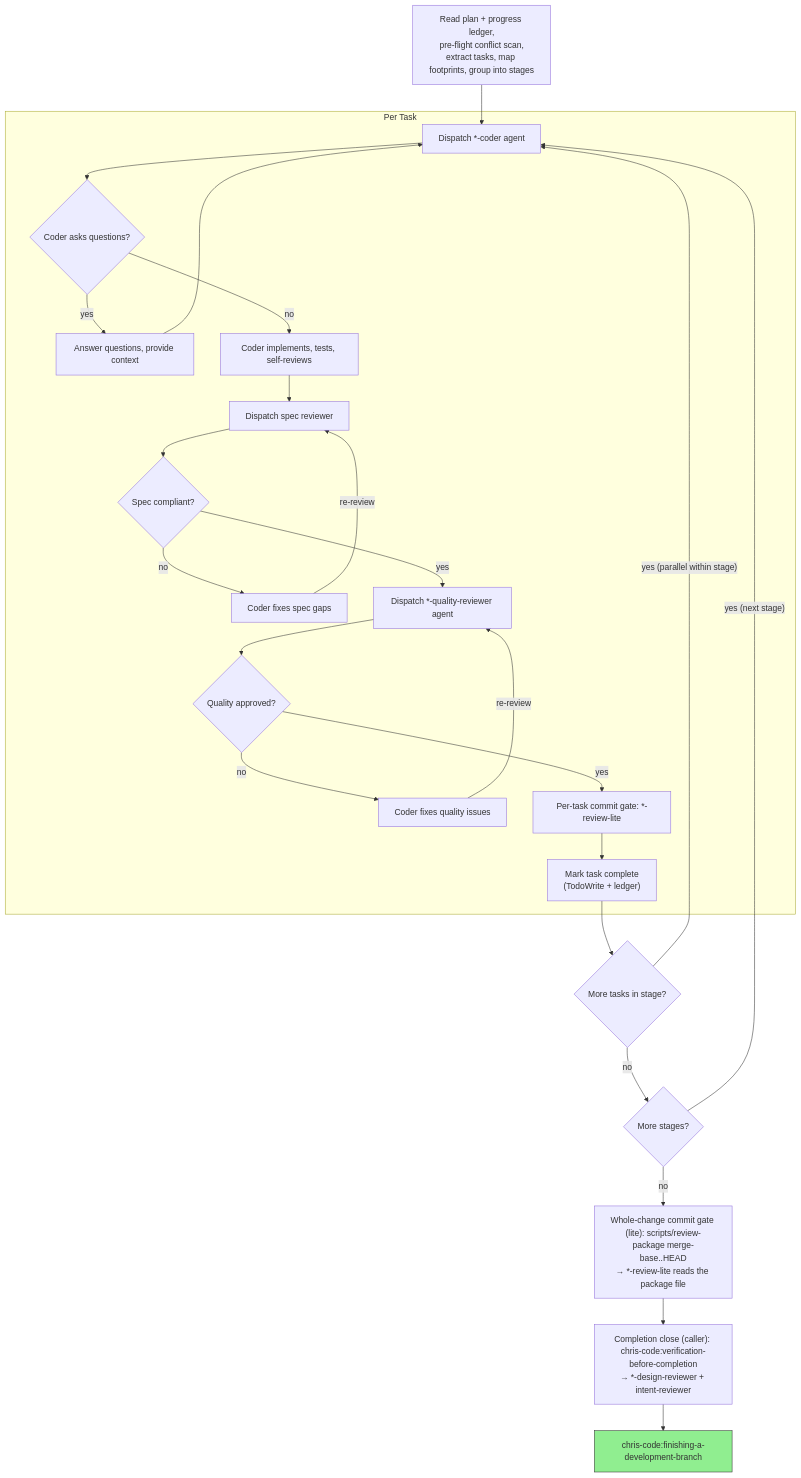
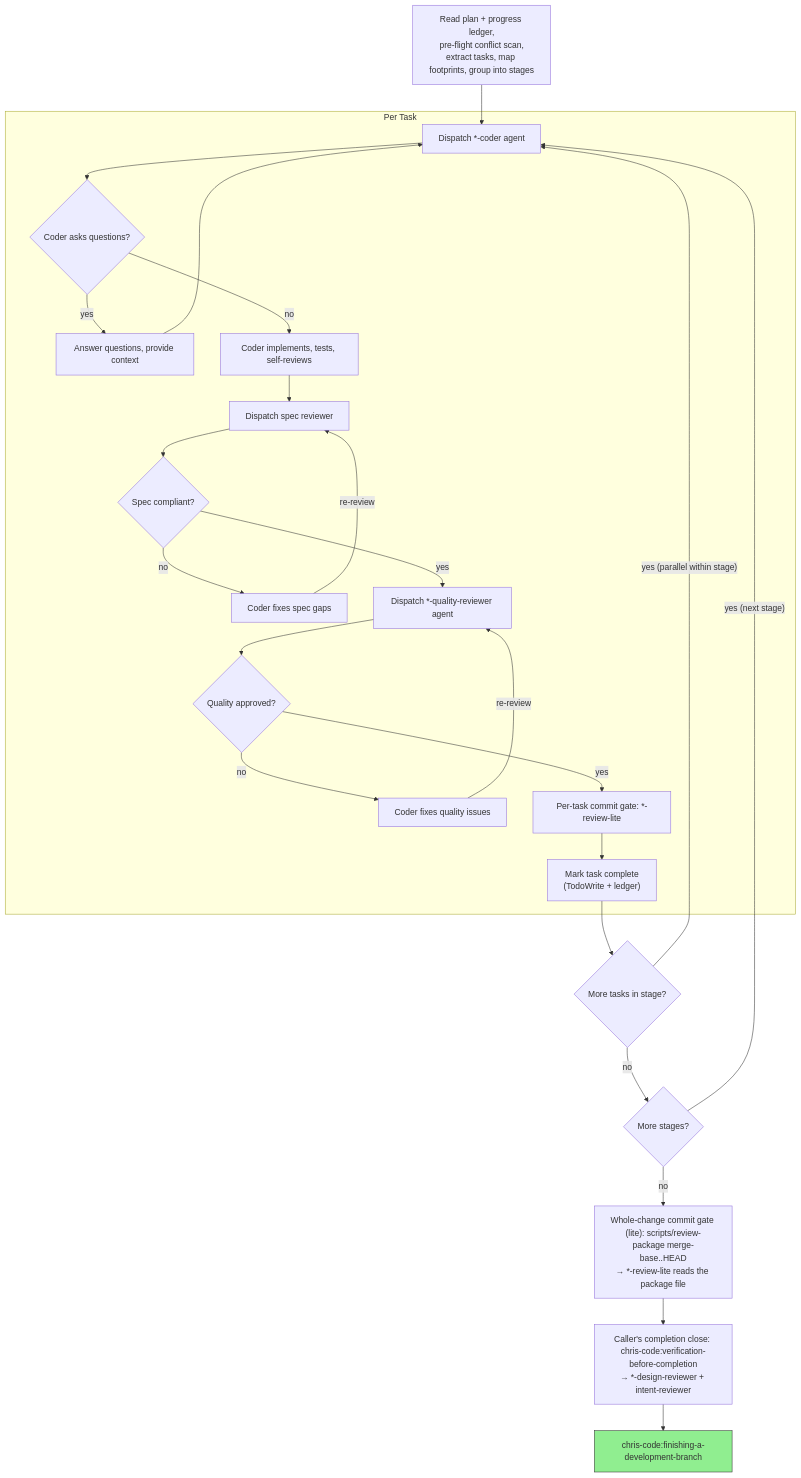
One commit to chris-santiago/claude-plugins changed the diagram in chris-code/skills/subagent-driven-development/SKILL.md. Above: the diagram before and after it, drawn with Mermaid. The commit also changed other lines of this file and 4 other files, not shown here.

````diff
--- a/chris-code/skills/subagent-driven-development/SKILL.md
+++ b/chris-code/skills/subagent-driven-development/SKILL.md
@@ -27,49 +27,49 @@
 ```mermaid
 flowchart TB
     subgraph Per Task
         coder["Dispatch *-coder agent"]
         questions{"Coder asks questions?"}
         answer["Answer questions, provide context"]
         implement["Coder implements, tests, self-reviews"]
         spec_rev["Dispatch spec reviewer"]
         spec_ok{"Spec compliant?"}
         fix_spec["Coder fixes spec gaps"]
         quality_rev["Dispatch *-quality-reviewer agent"]
         quality_ok{"Quality approved?"}
         fix_quality["Coder fixes quality issues"]
         commit_gate["Per-task commit gate: *-review-lite"]
         done["Mark task complete<br/>(TodoWrite + ledger)"]
     end
 
     read["Read plan + progress ledger,<br/>pre-flight conflict scan,<br/>extract tasks, map footprints, group into stages"]
     more_tasks{"More tasks in stage?"}
     more_stages{"More stages?"}
     final_gate["Whole-change commit gate (lite): scripts/review-package merge-base..HEAD<br/>→ *-review-lite reads the package file"]
-    verification["Completion close (caller): chris-code:verification-before-completion<br/>→ *-design-reviewer + intent-reviewer"]
+    verification["Caller's completion close: chris-code:verification-before-completion<br/>→ *-design-reviewer + intent-reviewer"]
     finish["chris-code:finishing-a-development-branch"]:::finish
 
     read --> coder
     coder --> questions
     questions -->|yes| answer
     answer --> coder
     questions -->|no| implement
     implement --> spec_rev
     spec_rev --> spec_ok
     spec_ok -->|no| fix_spec
     fix_spec -->|re-review| spec_rev
     spec_ok -->|yes| quality_rev
     quality_rev --> quality_ok
     quality_ok -->|no| fix_quality
     fix_quality -->|re-review| quality_rev
     quality_ok -->|yes| commit_gate
     commit_gate --> done
     done --> more_tasks
     more_tasks -->|"yes (parallel within stage)"| coder
     more_tasks -->|no| more_stages
     more_stages -->|"yes (next stage)"| coder
     more_stages -->|no| final_gate
     final_gate --> verification
     verification --> finish
 
     classDef finish fill:#90EE90,stroke:#333
 ```
````
